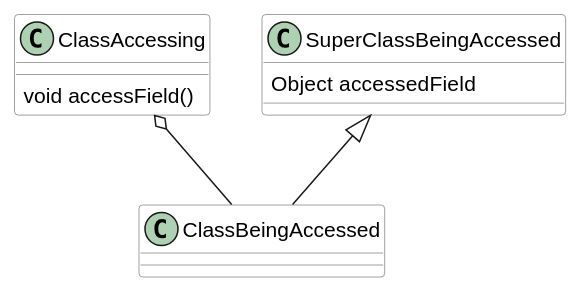
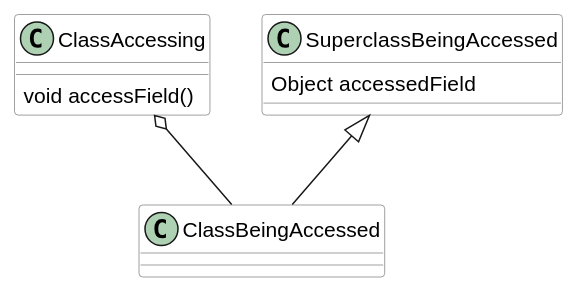
Before and after one commit to TNG/ArchUnit: the second of 4 diagrams in docs/userguide/006_The_Core_API.adoc, drawn with PlantUML. The commit also changed other lines of this file and 90 other files, not shown here.

```diff
--- a/docs/userguide/006_The_Core_API.adoc
+++ b/docs/userguide/006_The_Core_API.adoc
@@ -154,27 +154,27 @@
 [plantuml, "resolution-example"]
 ----
 skinparam componentStyle uml2
 
 skinparam component {
   BorderColor #grey
   BackgroundColor #white
 }
 
 skinparam class {
   BorderColor #grey
   BackgroundColor #white
 }
 
 class ClassAccessing {
   void accessField()
 }
 
 class ClassBeingAccessed
-class SuperClassBeingAccessed {
+class SuperclassBeingAccessed {
   Object accessedField
 }
 
-SuperClassBeingAccessed <|-- ClassBeingAccessed
+SuperclassBeingAccessed <|-- ClassBeingAccessed
 ClassAccessing o-- ClassBeingAccessed
 
 ----
```
